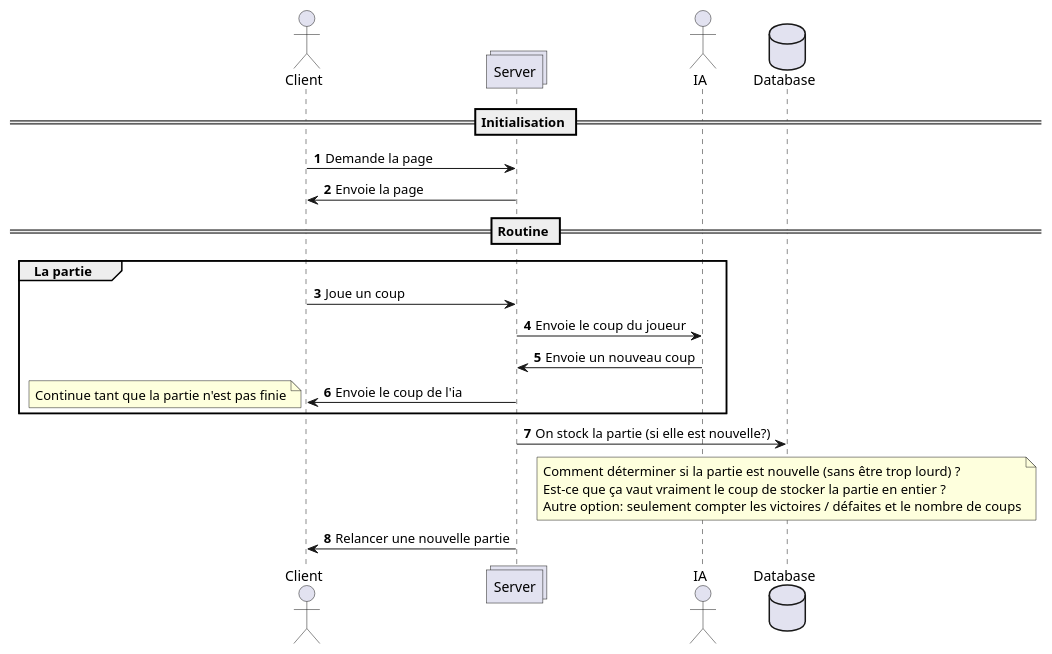
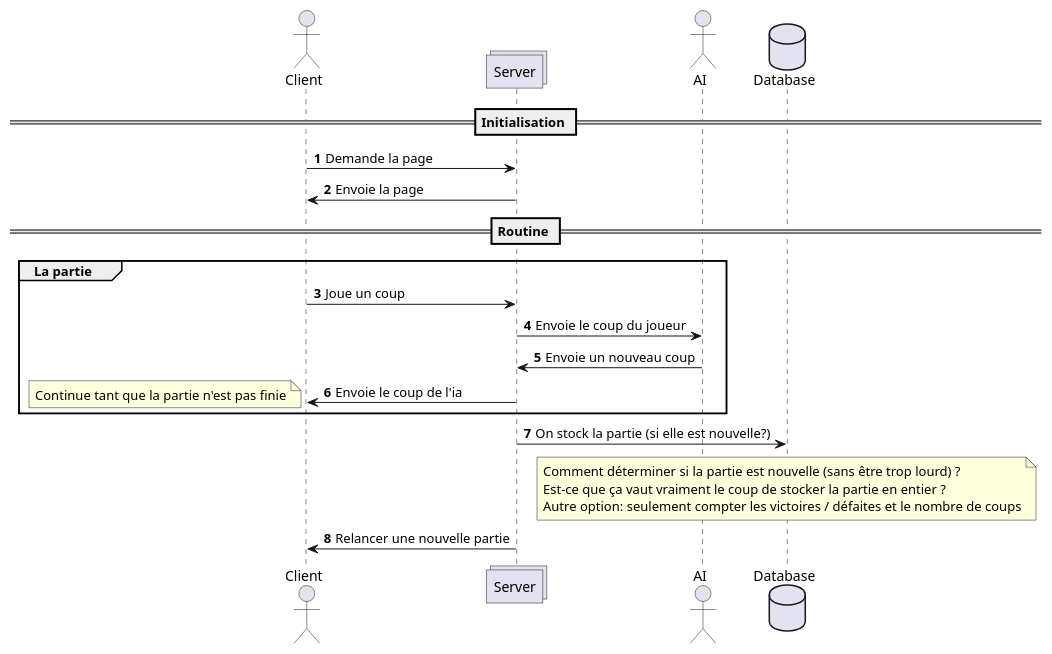
One commit to Lukyrouge3/travail_maturite changed the diagram in Documents/Concept_base.puml. Above: the diagram before and after it, drawn with PlantUML. The commit also changed 2 other files, not shown here.

```diff
--- a/Documents/Concept_base.puml
+++ b/Documents/Concept_base.puml
@@ -1,31 +1,31 @@
 @startuml
 autonumber
 actor Client
 collections Server
-actor IA
+actor AI
 database Database
 
 == Initialisation ==
 
 Client -> Server : Demande la page
 Server -> Client : Envoie la page
 
 == Routine ==
 
 group La partie
     Client -> Server : Joue un coup
-    Server -> IA : Envoie le coup du joueur
-    IA -> Server : Envoie un nouveau coup
+    Server -> AI : Envoie le coup du joueur
+    AI -> Server : Envoie un nouveau coup
     Server -> Client : Envoie le coup de l'ia
     note left: Continue tant que la partie n'est pas finie
 end
 
 Server -> Database : On stock la partie (si elle est nouvelle?)
 note over Database
 Comment déterminer si la partie est nouvelle (sans être trop lourd) ?
 Est-ce que ça vaut vraiment le coup de stocker la partie en entier ?
 Autre option: seulement compter les victoires / défaites et le nombre de coups
 end note
 
 Server -> Client : Relancer une nouvelle partie
 @enduml
```
